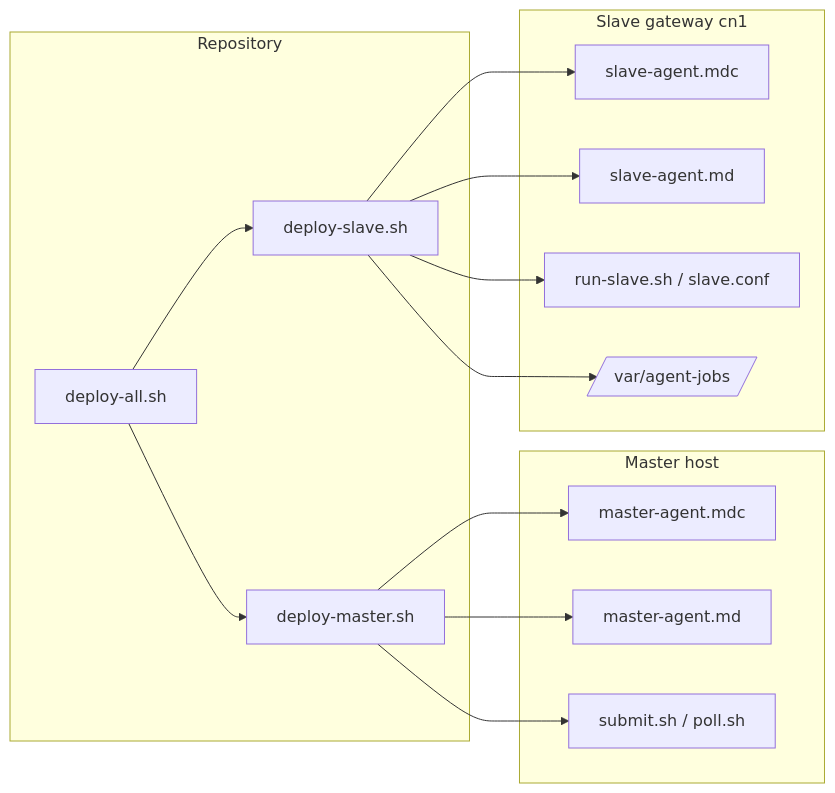
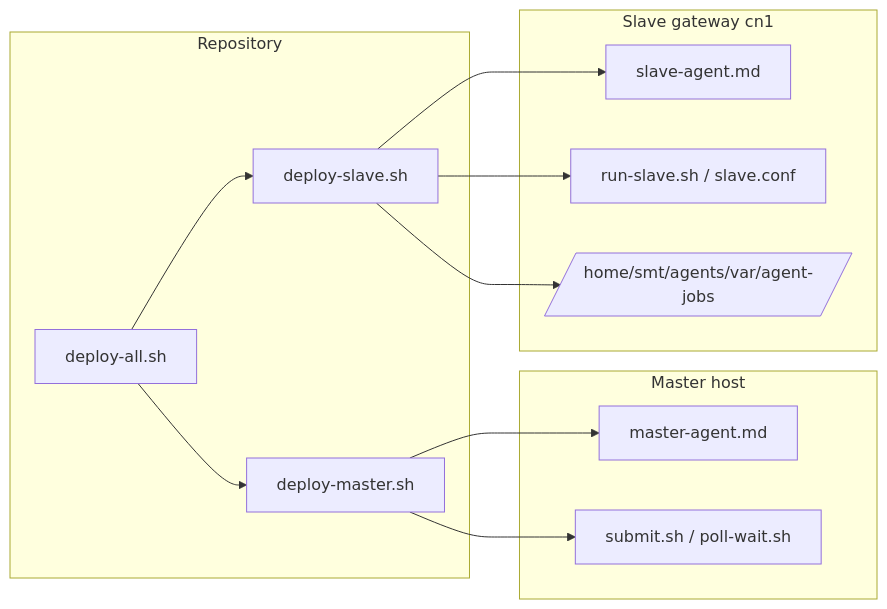
The third of 4 diagrams in docs/architecture.md (voidspiral/ClusterHelm), drawn with Mermaid before and after one commit. The commit also changed other lines of this file and 51 other files, not shown here.

````diff
--- a/docs/architecture.md
+++ b/docs/architecture.md
@@ -105,31 +105,27 @@
 ```mermaid
 flowchart LR
   subgraph Repo["Repository"]
     DA[deploy-all.sh]
     DM[deploy-master.sh]
     DS[deploy-slave.sh]
   end
 
   subgraph MasterHost["Master host"]
-    MR[master-agent.mdc]
     MOC[master-agent.md]
-    MJ[submit.sh / poll.sh]
+    MJ[submit.sh / poll-wait.sh]
   end
 
   subgraph Cn1["Slave gateway cn1"]
-    SR[slave-agent.mdc]
     SOC[slave-agent.md]
     RJ[run-slave.sh / slave.conf]
-    JD[/var/agent-jobs/]
+    JD[/home/smt/agents/var/agent-jobs/]
   end
 
   DA --> DM
   DA --> DS
-  DM --> MR
   DM --> MOC
   DM --> MJ
-  DS --> SR
   DS --> SOC
   DS --> RJ
   DS --> JD
 ```
````
